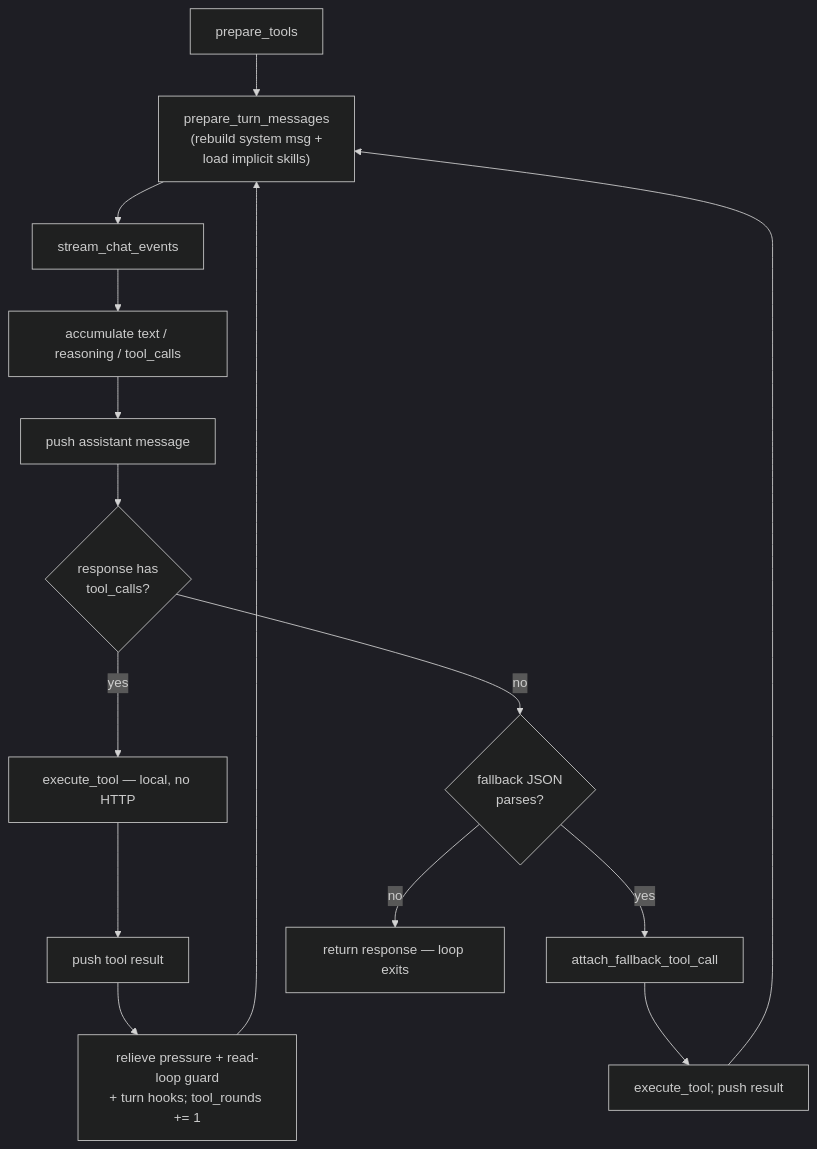
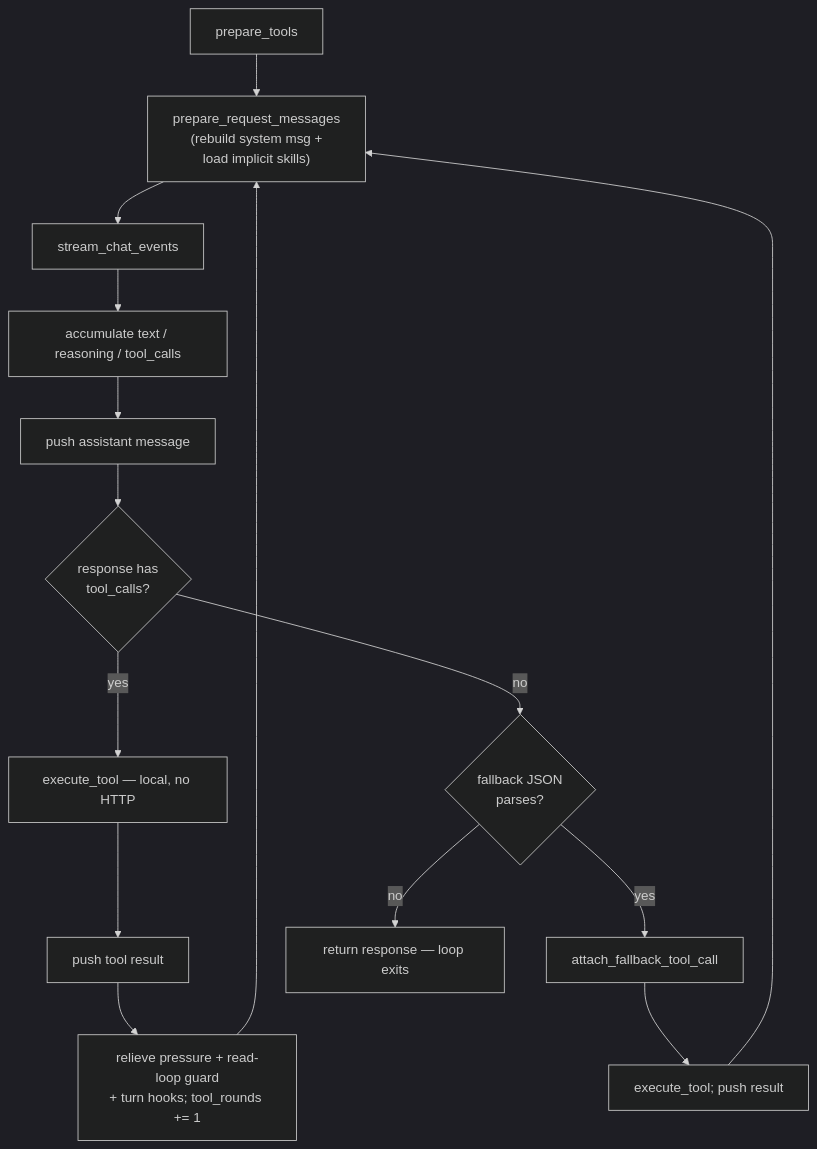
One commit to ming2k/muta changed the diagram in docs/explanation/request-flow.md. Above: the diagram before and after it, drawn with Mermaid (dark theme). The commit also changed other lines of this file and 150 other files, not shown here.

````diff
--- a/docs/explanation/request-flow.md
+++ b/docs/explanation/request-flow.md
@@ -145,17 +145,17 @@
 ```mermaid
 flowchart TD
-    A["prepare_tools"] --> C["prepare_turn_messages<br/>(rebuild system msg +<br/>load implicit skills)"]
+    A["prepare_tools"] --> C["prepare_request_messages<br/>(rebuild system msg +<br/>load implicit skills)"]
     C --> D["stream_chat_events"]
     D --> E["accumulate text / reasoning / tool_calls"]
     E --> F["push assistant message"]
     F --> G{"response has<br/>tool_calls?"}
     G -- yes --> I["execute_tool — local, no HTTP"]
     I --> J["push tool result"]
     J --> K["relieve pressure + read-loop guard<br/>+ turn hooks; tool_rounds += 1"]
     K --> C
     G -- no --> L{"fallback JSON<br/>parses?"}
     L -- yes --> M["attach_fallback_tool_call"]
     M --> N["execute_tool; push result"]
     N --> C
     L -- no --> O["return response — loop exits"]
 ```
````
